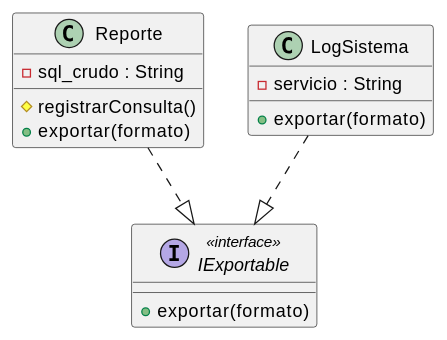
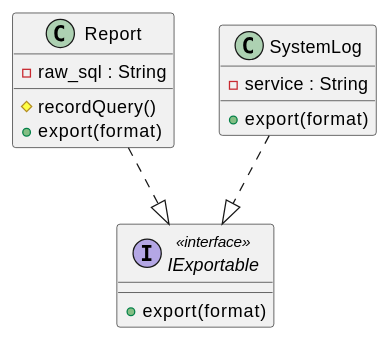
One commit to jcg-admin/IACT-docs changed the diagram in source/requisitos/_metodologia-aplicacion/agregacion-interfaces/paso-2-interfaces-visibilidad.rst. Above: the diagram before and after it, drawn with PlantUML. The commit also changed 9 other files, not shown here.

```diff
--- a/source/requisitos/_metodologia-aplicacion/agregacion-interfaces/paso-2-interfaces-visibilidad.rst
+++ b/source/requisitos/_metodologia-aplicacion/agregacion-interfaces/paso-2-interfaces-visibilidad.rst
@@ -4,20 +4,20 @@
 .. uml::
 
    @startuml
    allowmixing
 
    interface IExportable <<interface>> {
-     + exportar(formato)
+     + export(format)
    }
-   class Reporte {
-     - sql_crudo : String
-     # registrarConsulta()
-     + exportar(formato)
+   class Report {
+     - raw_sql : String
+     # recordQuery()
+     + export(format)
    }
-   class LogSistema {
-     - servicio : String
-     + exportar(formato)
+   class SystemLog {
+     - service : String
+     + export(format)
    }
-   Reporte ..|> IExportable
-   LogSistema ..|> IExportable
+   Report ..|> IExportable
+   SystemLog ..|> IExportable
    @enduml
```
